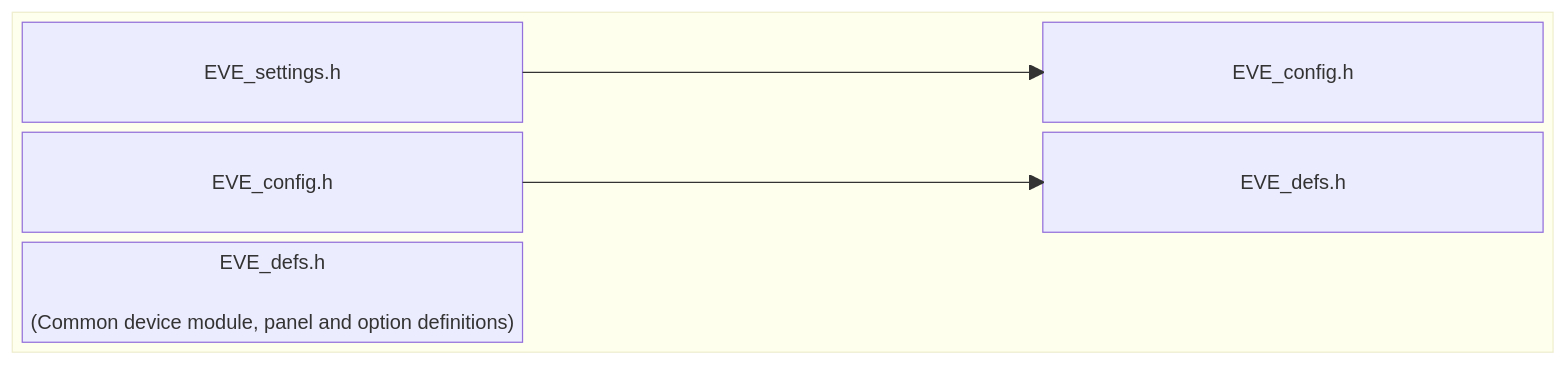
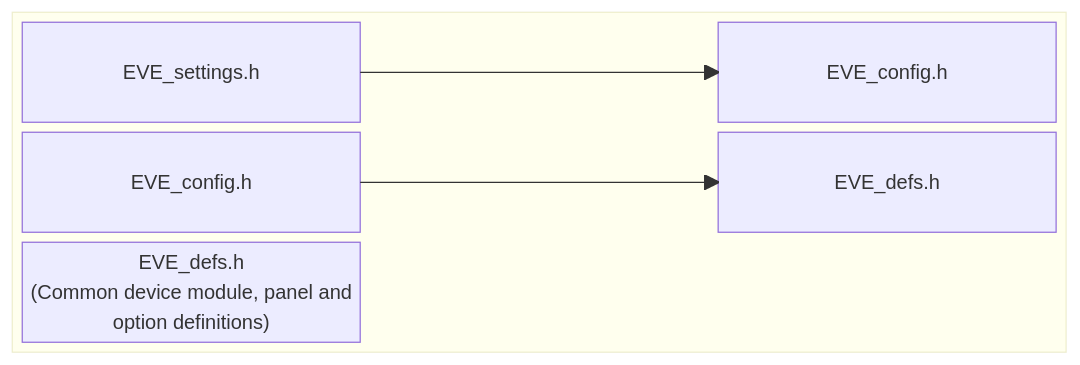
The fourth of 11 diagrams in README.md (Bridgetek/Eve-MCU-Dev), drawn with Mermaid before and after one commit. The commit also changed other lines of this file, not shown here.

Commit message:
adjust line spacing in dependency diagram

````diff
--- a/README.md
+++ b/README.md
@@ -314,15 +315,15 @@
 ```mermaid
 block
   columns 3
 
   block:CONFIG_LAYER[" "]:3
     columns 3
 
     A1["EVE_settings.h"]  space   B1["EVE_config.h"]
     A2["EVE_config.h"]    space   B2["EVE_defs.h"]
-    A3["EVE_defs.h <br> <br> (Common device module, panel and option definitions)"] 
+    A3["EVE_defs.h <br> (Common device module, panel and<br> option definitions)"] 
 
     A1 --> B1
     A2 --> B2
   end
 ```
````
